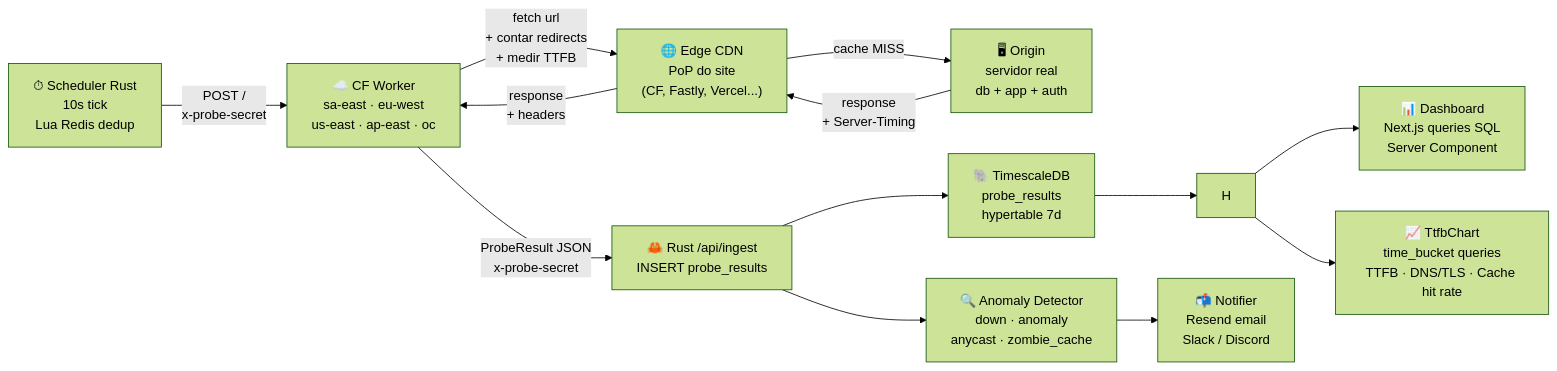
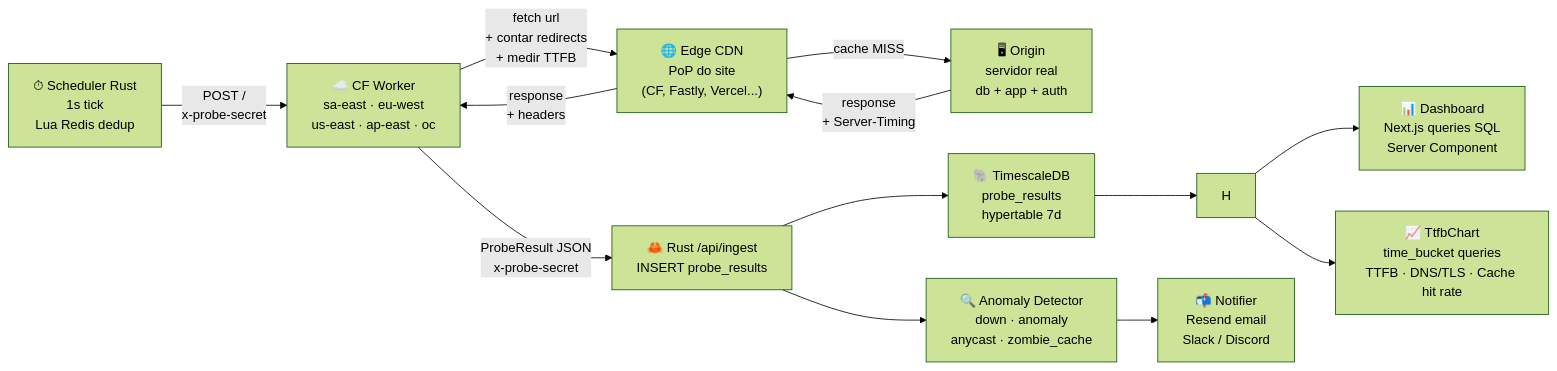
One commit to rodrigoescorsim/cachesnap changed the seventh of 7 diagrams in docs/cachesnap_probe_architecture.md. Above: the diagram before and after it, drawn with Mermaid (forest theme). The commit also changed other lines of this file, not shown here.

Commit message:
docs: add warmup burst section with sequence diagram, update scheduler tick to 1s, add warmup_probe_index key

````diff
--- a/docs/cachesnap_probe_architecture.md
+++ b/docs/cachesnap_probe_architecture.md
@@ -442,24 +506,24 @@
 ```mermaid
 flowchart LR
-    A["⏱ Scheduler Rust\n10s tick\nLua Redis dedup"] -->|"POST /\nx-probe-secret"| B
+    A["⏱ Scheduler Rust\n1s tick\nLua Redis dedup"] -->|"POST /\nx-probe-secret"| B
 
     B["☁️ CF Worker\nsa-east · eu-west\nus-east · ap-east · oc"] -->|"fetch url\n+ contar redirects\n+ medir TTFB"| C
 
     C["🌐 Edge CDN\nPoP do site\n(CF, Fastly, Vercel...)"] -->|"cache MISS"| D
     D["🖥 Origin\nservidor real\ndb + app + auth"]
 
     C -->|"response\n+ headers"| B
     D -->|"response\n+ Server-Timing"| C
 
     B -->|"ProbeResult JSON\nx-probe-secret"| E
 
     E["🦀 Rust /api/ingest\nINSERT probe_results"] --> F
     E --> G
 
     F["🐘 TimescaleDB\nprobe_results\nhypertable 7d"] --> H
     G["🔍 Anomaly Detector\ndown · anomaly\nanycast · zombie_cache"] --> I
     I["📬 Notifier\nResend email\nSlack / Discord"] 
 
     H --> J["📊 Dashboard\nNext.js queries SQL\nServer Component"]
     H --> K["📈 TtfbChart\ntime_bucket queries\nTTFB · DNS/TLS · Cache hit rate"]
 ```
````
